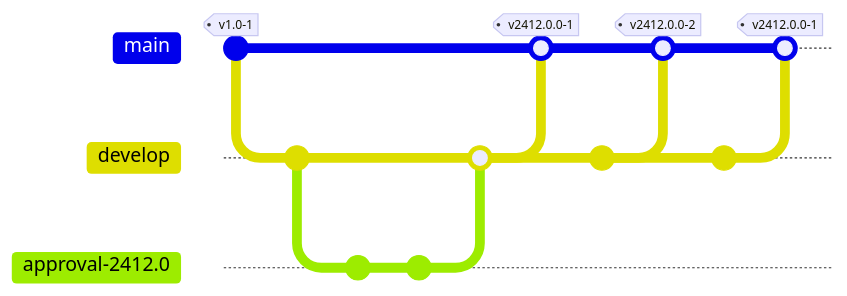
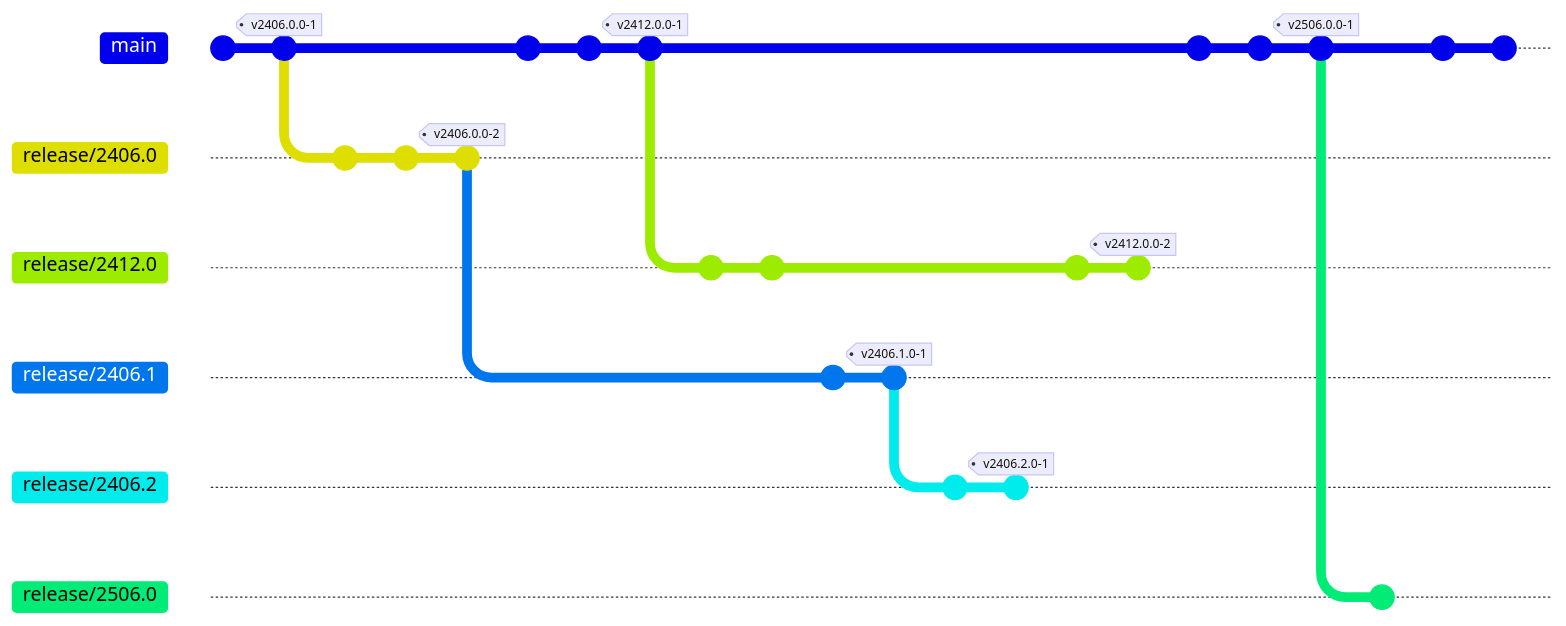
Before and after one commit to CoreMedia/coremedia-globallink-connect-integration: the diagram in website/dev/repository/branches.md, drawn with Mermaid. The commit also changed other lines of this file, not shown here. Commit ids are hidden.

Commit message:
docs: Updated Branch Model Documentation
Aligned documentation with the target setup starting from 2406.2.0-1
approval.

````diff
--- a/website/dev/repository/branches.md
+++ b/website/dev/repository/branches.md
@@ -3,23 +3,41 @@
 ```mermaid
 gitGraph:
-  commit tag: "v1.0-1"
-  branch develop
-  checkout develop
-  commit
-  branch approval-2412.0
-  checkout approval-2412.0
-  commit
-  commit
-  checkout develop
-  merge approval-2412.0
+  commit id: "build updates"
+  commit tag: "v2406.0.0-1"
+  branch release/2406.0
+  checkout release/2406.0
+  commit id: "2406.0 changes"
+  commit id: "2406.0 bugfix"
+  commit tag: "v2406.0.0-2"
   checkout main
-  merge develop tag: "v2412.0.0-1"
-  checkout develop
-  commit id: "fix 2412.0.0-1"
+  commit id: "ongoing dev"
+  commit id: "CI improvements"
+  commit tag: "v2412.0.0-1"
+  branch release/2412.0
+  checkout release/2412.0
+  commit id: "2412.0 approval"
+  commit id: "2412.0 changes"
+  checkout release/2406.0
+  branch release/2406.1
+  checkout release/2406.1
+  commit id: "2406.1 approval"
+  commit tag: "v2406.1.0-1"
+  checkout release/2406.1
+  branch release/2406.2
+  checkout release/2406.2
+  commit id: "2406.2 approval"
+  commit tag: "v2406.2.0-1"
+  checkout release/2412.0
+  commit id: "2412.0 bugfix"
+  commit tag: "v2412.0.0-2"
   checkout main
-  merge develop tag: "v2412.0.0-2"
-  checkout develop
-  commit id: "merge approval 2412.0"
+  commit id: "dependency updates"
+  commit id: "new features"
+  commit tag: "v2506.0.0-1"
+  branch release/2506.0
+  checkout release/2506.0
+  commit id: "2506.0 approval"
   checkout main
-  merge develop tag: "v2412.0.0-1"
+  commit id: "continue development"
+  commit id: "..."
 ```
````
